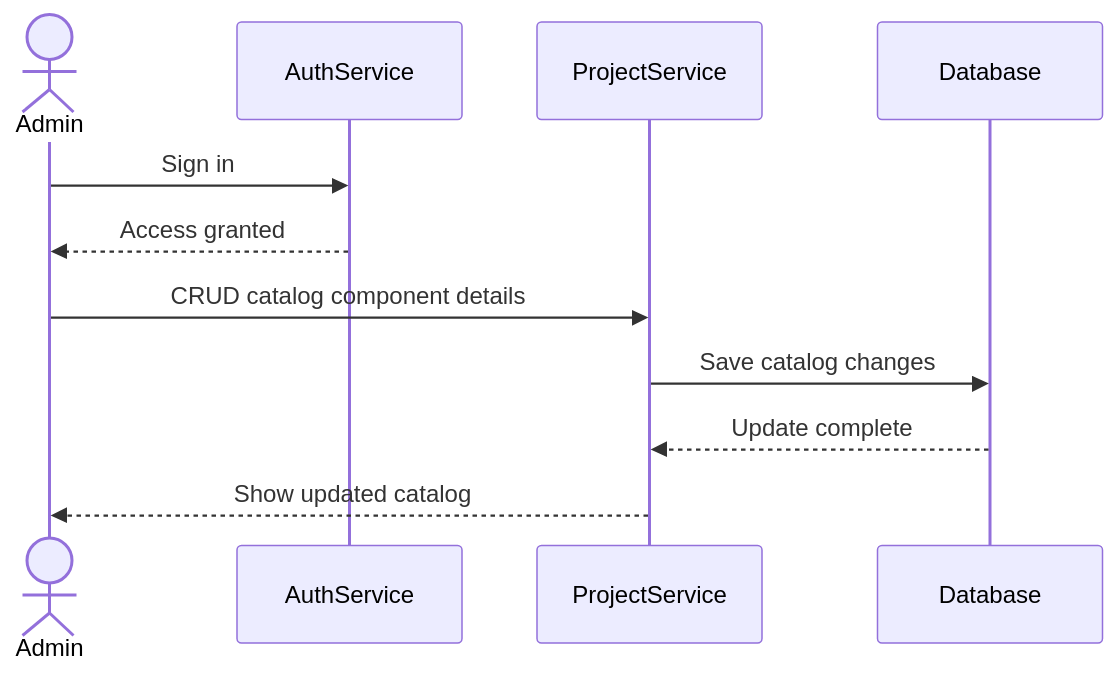
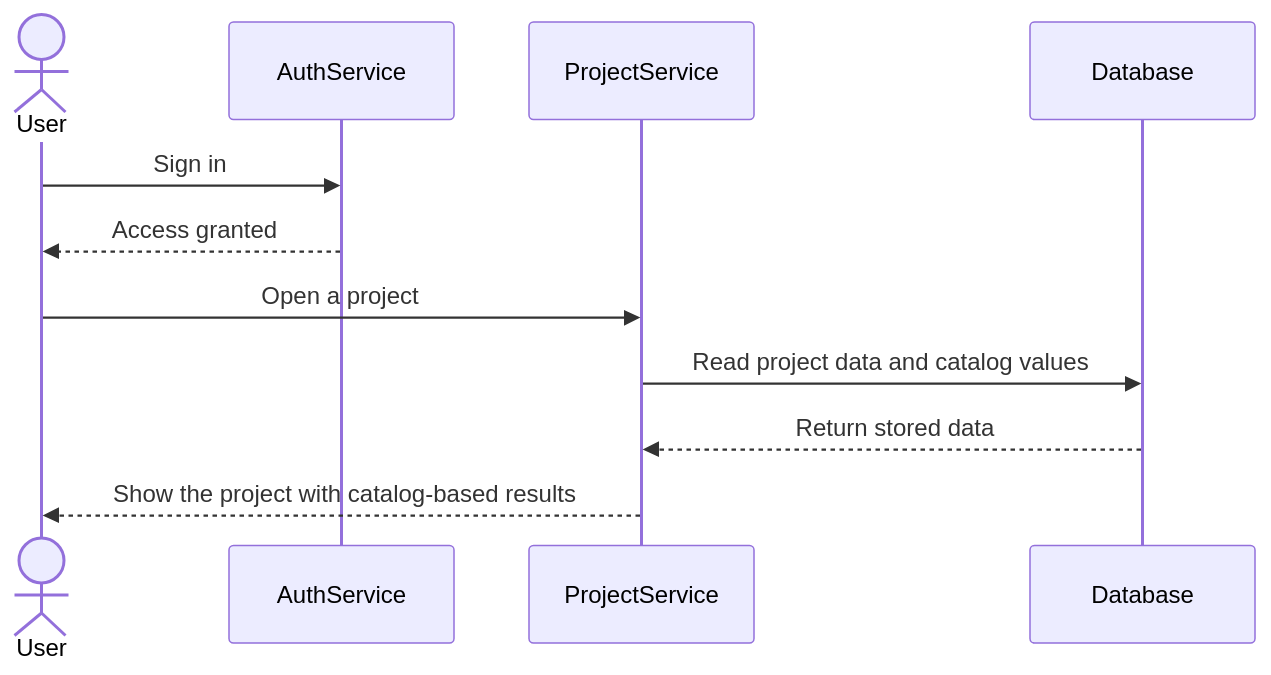
One commit to jade-tam/pre-project-sizing changed the second of 2 diagrams in docs/sequence_diagram.md. Above: the diagram before and after it, drawn with Mermaid. The commit also changed other lines of this file and 4 other files, not shown here.

````diff
--- a/docs/sequence_diagram.md
+++ b/docs/sequence_diagram.md
@@ -28,14 +28,14 @@
 ```mermaid
 sequenceDiagram
-    actor Admin
+    actor User
     participant AuthService
     participant ProjectService
     participant Database
 
-    Admin->>AuthService: Sign in
-    AuthService-->>Admin: Access granted
-    Admin->>ProjectService: CRUD catalog component details
-    ProjectService->>Database: Save catalog changes
-    Database-->>ProjectService: Update complete
-    ProjectService-->>Admin: Show updated catalog
+    User->>AuthService: Sign in
+    AuthService-->>User: Access granted
+    User->>ProjectService: Open a project
+    ProjectService->>Database: Read project data and catalog values
+    Database-->>ProjectService: Return stored data
+    ProjectService-->>User: Show the project with catalog-based results
 ```
````
